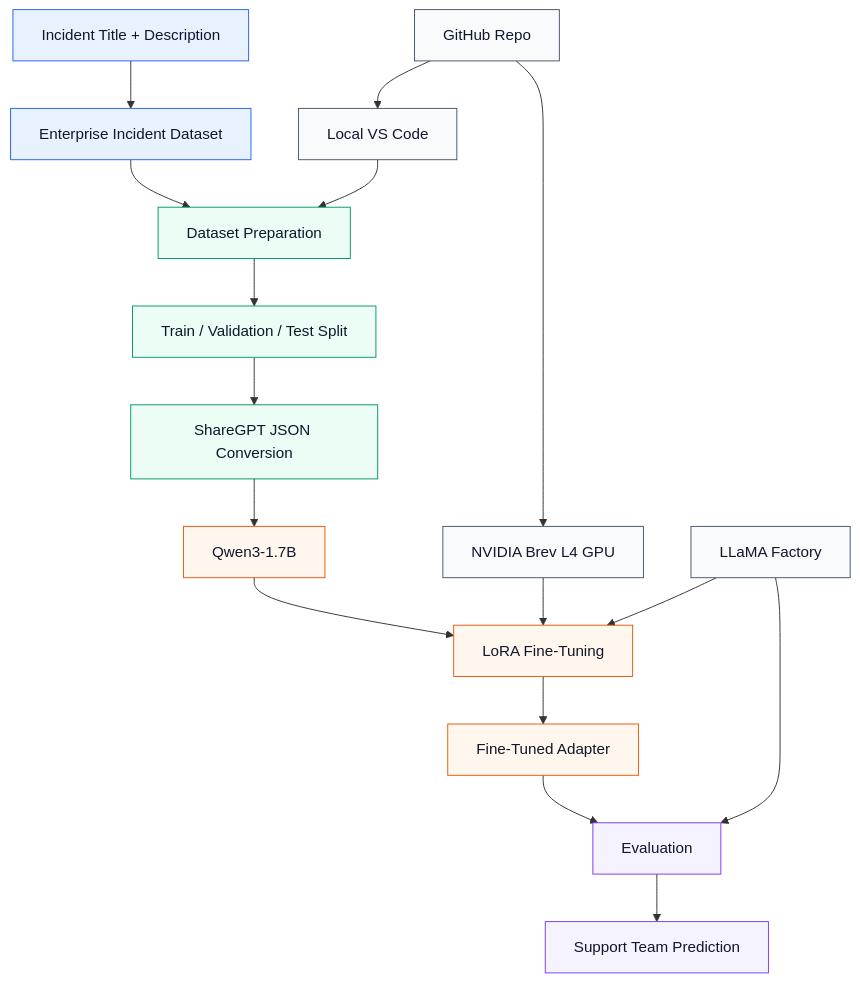
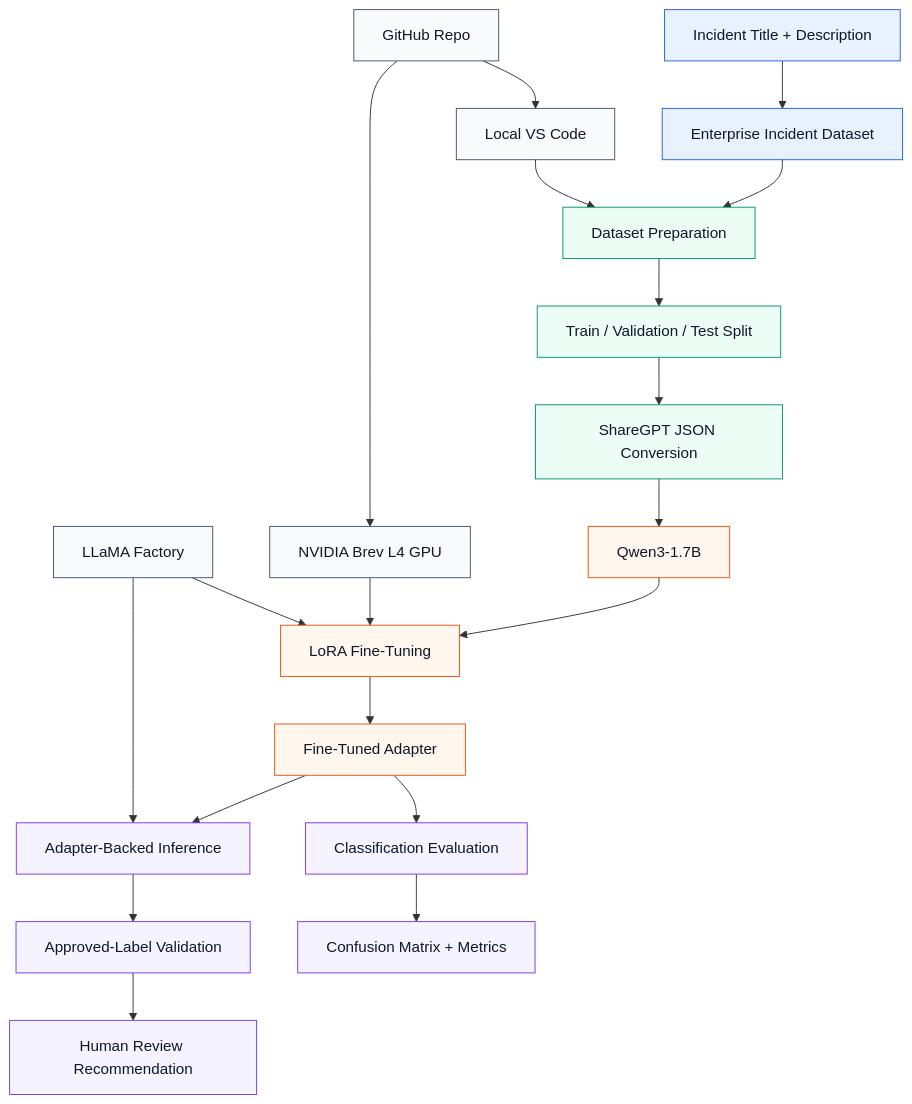
The diagram in README.md (NarmadaPadala/OpsTriage_AI), drawn with Mermaid before and after one commit. The commit also changed other lines of this file and 74 other files, not shown here.

````diff
--- a/README.md
+++ b/README.md
@@ -62,31 +62,34 @@
 ```mermaid
 flowchart TD
     A["Incident Title + Description"] --> B["Enterprise Incident Dataset"]
     B --> C["Dataset Preparation"]
     C --> D["Train / Validation / Test Split"]
     D --> E["ShareGPT JSON Conversion"]
     E --> F["Qwen3-1.7B"]
     F --> G["LoRA Fine-Tuning"]
     G --> H["Fine-Tuned Adapter"]
-    H --> I["Evaluation"]
-    I --> J["Support Team Prediction"]
+    H --> I["Adapter-Backed Inference"]
+    I --> J["Approved-Label Validation"]
+    J --> L["Human Review Recommendation"]
+    H --> M["Classification Evaluation"]
+    M --> N["Confusion Matrix + Metrics"]
 
     VS["Local VS Code"] --> C
     GH["GitHub Repo"] --> VS
     GH --> K["NVIDIA Brev L4 GPU"]
     K --> G
     LF["LLaMA Factory"] --> G
     LF --> I
 
     classDef input fill:#e8f2ff,stroke:#2563eb,color:#0f172a;
     classDef data fill:#ecfdf5,stroke:#059669,color:#0f172a;
     classDef train fill:#fff7ed,stroke:#ea580c,color:#0f172a;
     classDef eval fill:#f5f3ff,stroke:#7c3aed,color:#0f172a;
     classDef platform fill:#f8fafc,stroke:#475569,color:#0f172a;
 
     class A,B input;
     class C,D,E data;
     class F,G,H train;
-    class I,J eval;
+    class I,J,L,M,N eval;
     class VS,GH,K,LF platform;
 ```
````
